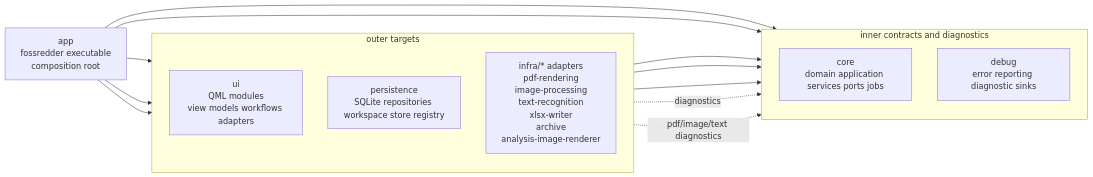
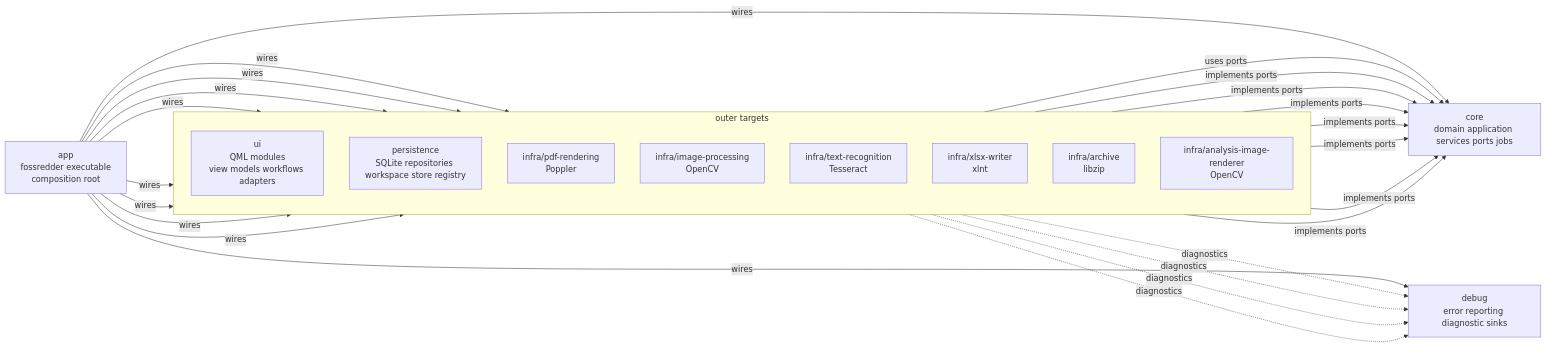
Before and after one commit to Wiiii90/FOSSredder: the second of 19 diagrams in docs/DESIGN.md, drawn with Mermaid. The commit also changed other lines of this file, not shown here.

Commit message:
docs: clarify clean architecture diagram

````diff
--- a/docs/DESIGN.md
+++ b/docs/DESIGN.md
@@ -154,30 +151,44 @@
 ```mermaid
 flowchart LR
   App["app<br/>fossredder executable<br/>composition root"]
 
-  subgraph Outer["outer targets"]
+  subgraph OuterTargets["outer targets"]
     direction TB
     UI["ui<br/>QML modules<br/>view models workflows adapters"]
     Persistence["persistence<br/>SQLite repositories workspace store registry"]
-    Infra["infra/* adapters<br/>pdf-rendering<br/>image-processing<br/>text-recognition<br/>xlsx-writer<br/>archive<br/>analysis-image-renderer"]
+    InfraPdf["infra/pdf-rendering<br/>Poppler"]
+    InfraImage["infra/image-processing<br/>OpenCV"]
+    InfraText["infra/text-recognition<br/>Tesseract"]
+    InfraXlsx["infra/xlsx-writer<br/>xlnt"]
+    InfraArchive["infra/archive<br/>libzip"]
+    InfraAnalysis["infra/analysis-image-renderer<br/>OpenCV"]
   end
 
-  subgraph Inner["inner contracts and diagnostics"]
-    direction TB
-    Core["core<br/>domain application services ports jobs"]
-    Debug["debug<br/>error reporting diagnostic sinks"]
-  end
+  Core["core<br/>domain application services ports jobs"]
+  Debug["debug<br/>error reporting diagnostic sinks"]
 
-  App --> Core
-  App --> Debug
-  App --> UI
-  App --> Persistence
-  App --> Infra
+  App -->|wires| UI
+  App -->|wires| Persistence
+  App -->|wires| InfraPdf
+  App -->|wires| InfraImage
+  App -->|wires| InfraText
+  App -->|wires| InfraXlsx
+  App -->|wires| InfraArchive
+  App -->|wires| InfraAnalysis
+  App -->|wires| Core
+  App -->|wires| Debug
 
-  UI --> Core
-  Persistence --> Core
-  Infra --> Core
+  UI -->|uses ports| Core
+  Persistence -->|implements ports| Core
+  InfraPdf -->|implements ports| Core
+  InfraImage -->|implements ports| Core
+  InfraText -->|implements ports| Core
+  InfraXlsx -->|implements ports| Core
+  InfraArchive -->|implements ports| Core
+  InfraAnalysis -->|implements ports| Core
 
   UI -. diagnostics .-> Debug
-  Infra -. pdf/image/text diagnostics .-> Debug
+  InfraPdf -. diagnostics .-> Debug
+  InfraImage -. diagnostics .-> Debug
+  InfraText -. diagnostics .-> Debug
 ```
````
